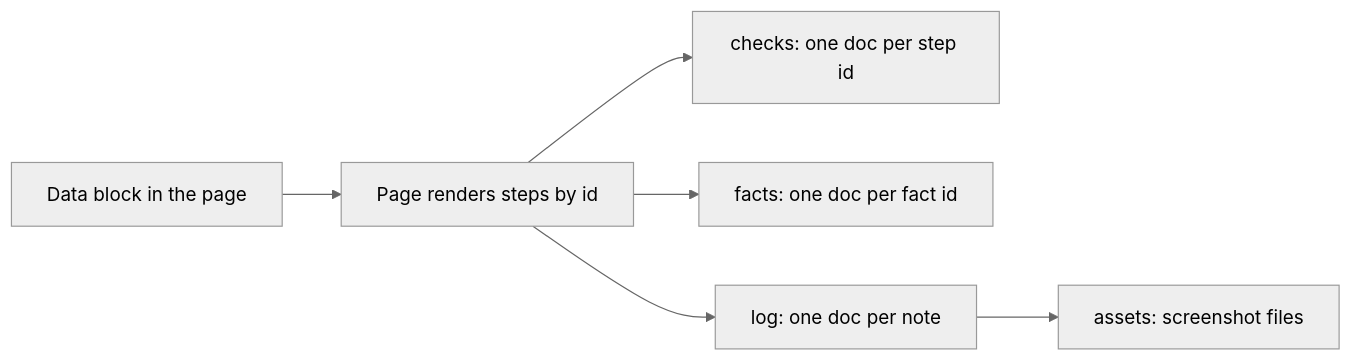
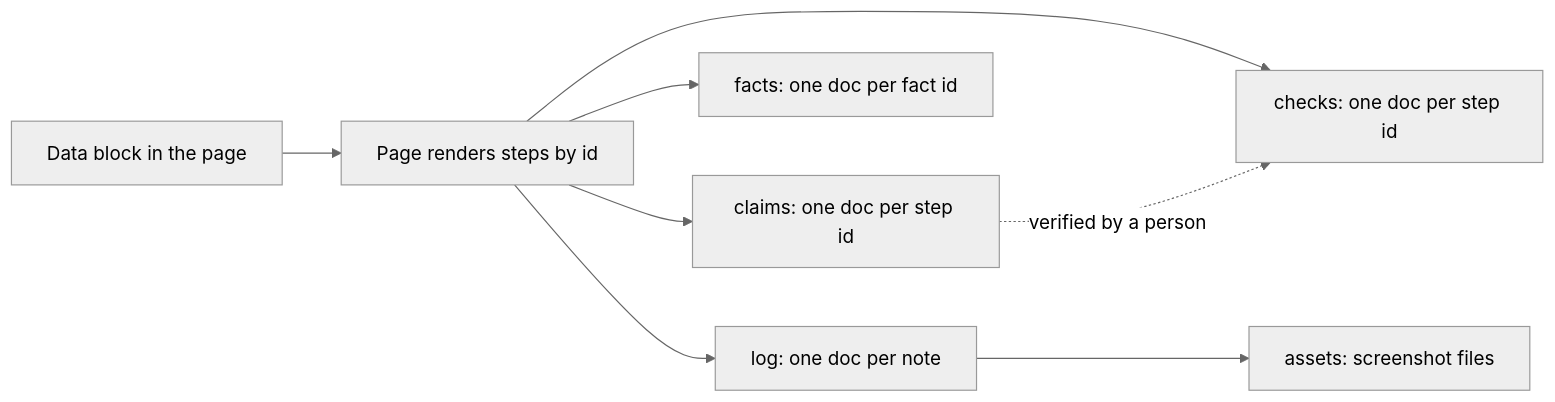
The diagram in .agents/skills/quest-tracker/references/authoring-guide.md (hams-ollo/zen-agent-skills), drawn with Mermaid (neutral theme) before and after one commit. The commit also changed other lines of this file and 10 other files, not shown here.

````diff
--- a/.agents/skills/quest-tracker/references/authoring-guide.md
+++ b/.agents/skills/quest-tracker/references/authoring-guide.md
@@ -156,8 +189,10 @@
 ```mermaid
 flowchart LR
   D[Data block in the page] --> P[Page renders steps by id]
   P --> C[checks: one doc per step id]
+  P --> K[claims: one doc per step id]
   P --> F[facts: one doc per fact id]
   P --> L[log: one doc per note]
   L --> A[assets: screenshot files]
+  K -. verified by a person .-> C
 ```
````
